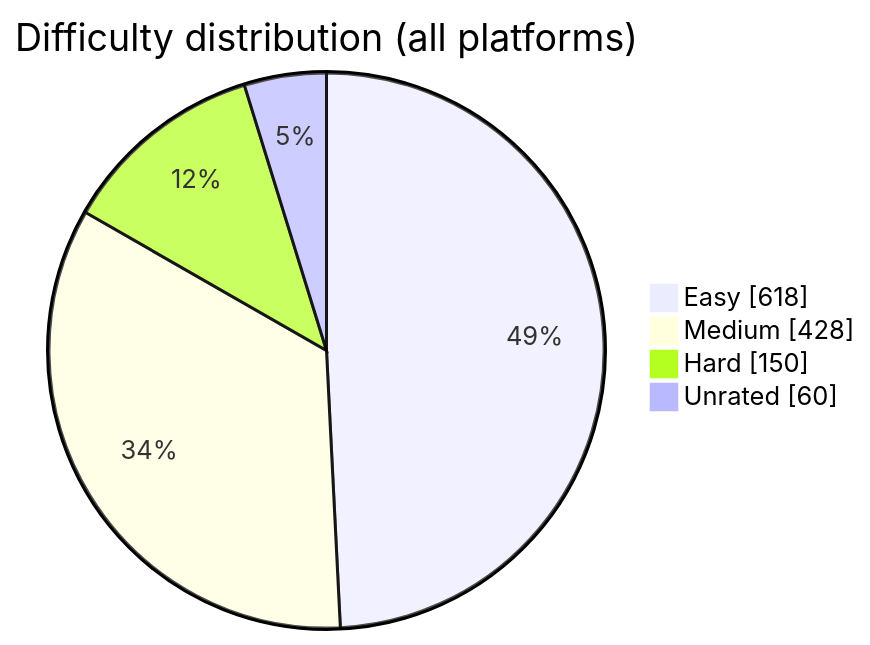
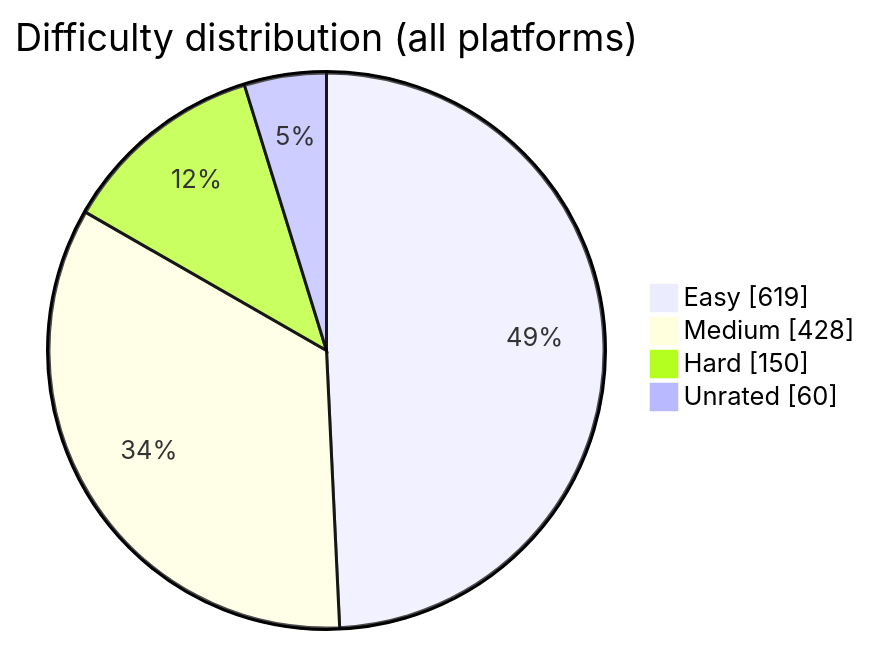
Before and after one commit to BuildbyArindam/Daily-Coding-Log: the diagram in README.md, drawn with Mermaid. The commit also changed other lines of this file, not shown here.

````diff
--- a/README.md
+++ b/README.md
@@ -93,7 +93,7 @@
 ```mermaid
 pie showData title Difficulty distribution (all platforms)
-    "Easy" : 618
+    "Easy" : 619
     "Medium" : 428
     "Hard" : 150
     "Unrated" : 60
 ```
````
